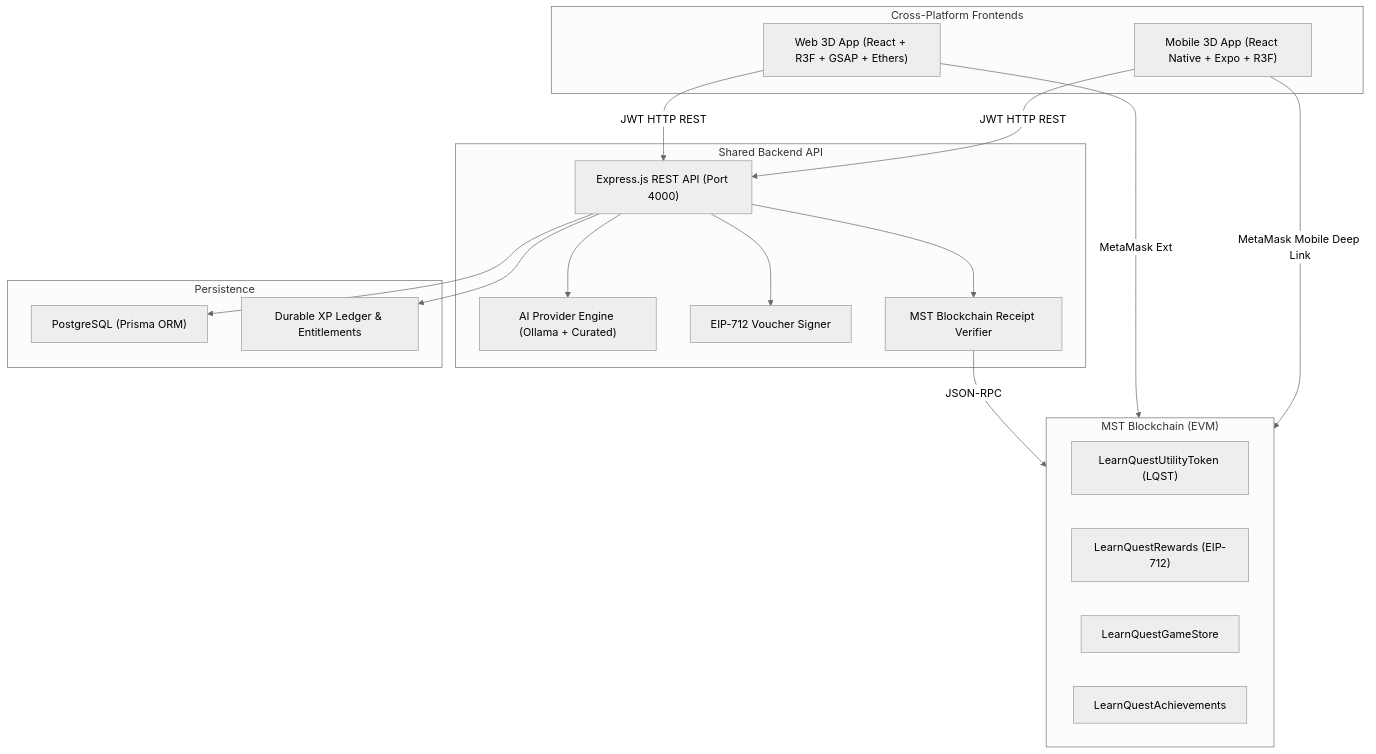
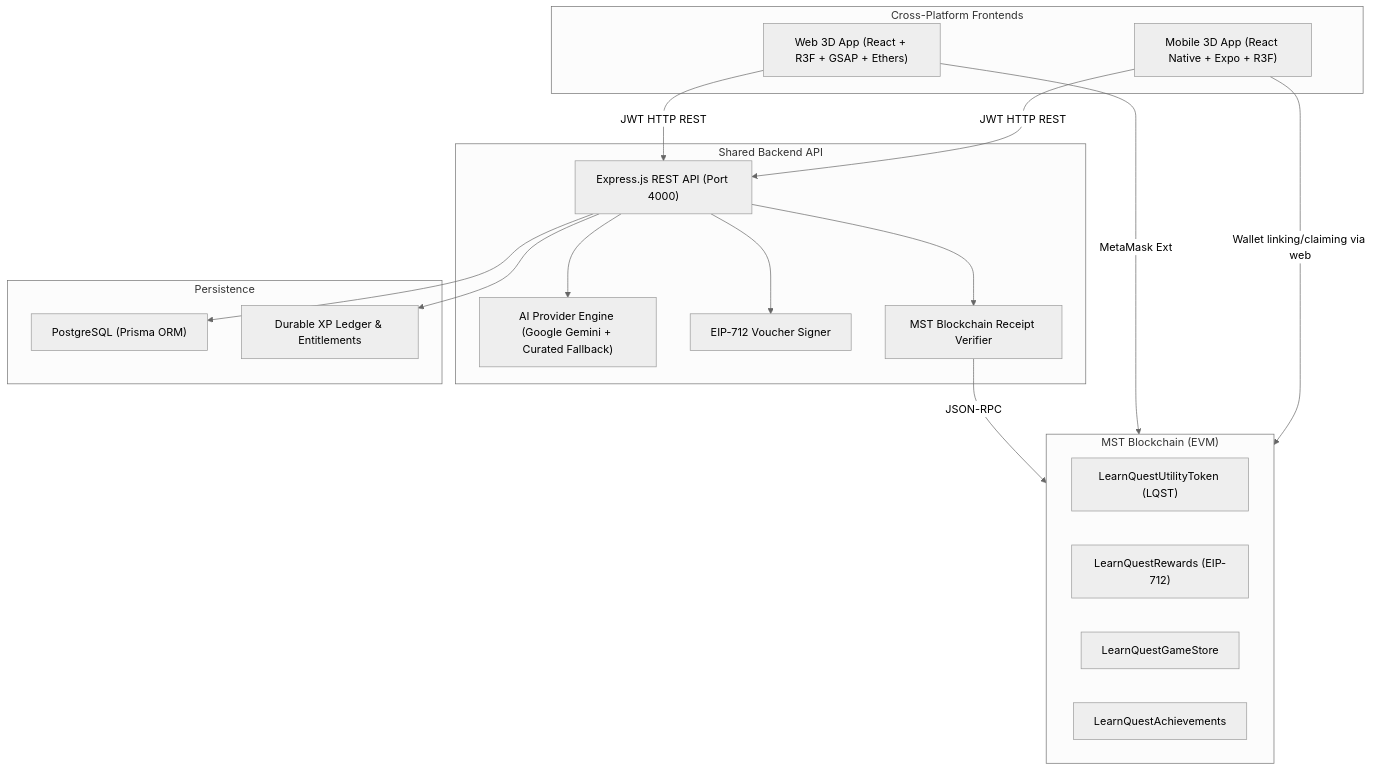
One commit to sudha16-sketc/learnQuest changed the first of 2 diagrams in docs/ARCHITECTURE.md. Above: the diagram before and after it, drawn with Mermaid (neutral theme). The commit also changed other lines of this file and 36 other files, not shown here.

Commit message:
feat: migrate AI to Gemini and connect mobile to live API

````diff
--- a/docs/ARCHITECTURE.md
+++ b/docs/ARCHITECTURE.md
@@ -5,38 +5,38 @@
 ```mermaid
 graph TD
     subgraph Clients["Cross-Platform Frontends"]
         Web["Web 3D App (React + R3F + GSAP + Ethers)"]
         Mobile["Mobile 3D App (React Native + Expo + R3F)"]
     end
 
     subgraph BackendServices["Shared Backend API"]
         API["Express.js REST API (Port 4000)"]
-        AI["AI Provider Engine (Ollama + Curated)"]
+        AI["AI Provider Engine (Google Gemini + Curated Fallback)"]
         VoucherService["EIP-712 Voucher Signer"]
         TxVerifier["MST Blockchain Receipt Verifier"]
     end
 
     subgraph DataStorage["Persistence"]
         Postgres["PostgreSQL (Prisma ORM)"]
         DurableLedger["Durable XP Ledger & Entitlements"]
     end
 
     subgraph BlockchainNetwork["MST Blockchain (EVM)"]
         TokenContract["LearnQuestUtilityToken (LQST)"]
         RewardsContract["LearnQuestRewards (EIP-712)"]
         StoreContract["LearnQuestGameStore"]
         AchievementsContract["LearnQuestAchievements"]
     end
 
     Web -->|JWT HTTP REST| API
     Mobile -->|JWT HTTP REST| API
     API --> AI
     API --> Postgres
     API --> DurableLedger
     API --> VoucherService
     API --> TxVerifier
     TxVerifier -->|JSON-RPC| BlockchainNetwork
 
     Web -->|MetaMask Ext| BlockchainNetwork
-    Mobile -->|MetaMask Mobile Deep Link| BlockchainNetwork
+    Mobile -->|Wallet linking/claiming via web| BlockchainNetwork
 ```
````
